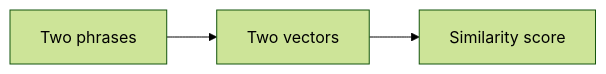
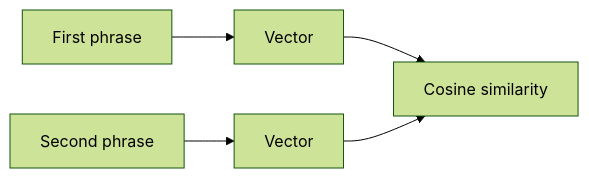
Before and after one commit to mohamedmabrouk582/Android-Ai-Lab: the diagram in lab-embeddings/README.md, drawn with Mermaid (forest theme). The commit also changed other lines of this file and 41 other files, not shown here.

````diff
--- a/lab-embeddings/README.md
+++ b/lab-embeddings/README.md
@@ -13,4 +37,7 @@
 ```mermaid
 flowchart LR
-  n0["Two phrases"] --> n1["Two vectors"] --> n2["Similarity score"]
+  p1["First phrase"] --> v1["Vector"]
+  p2["Second phrase"] --> v2["Vector"]
+  v1 --> score["Cosine similarity"]
+  v2 --> score
 ```
````
